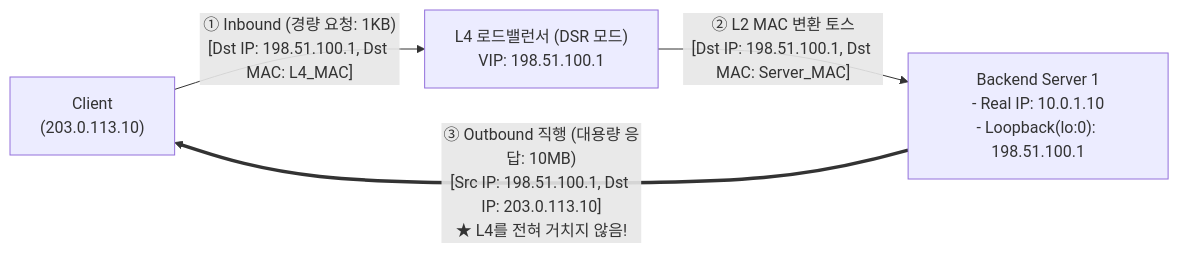
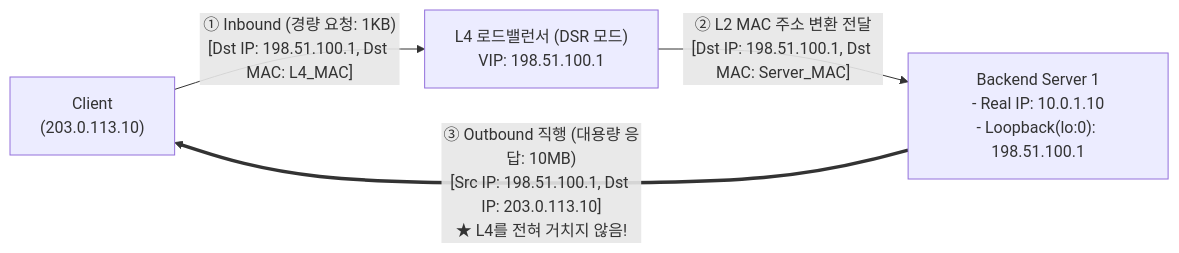
One commit to studylida/studylida.github.io changed the fourth of 9 diagrams in src/content/posts/l4-l7-load-balancer-architecture.md. Above: the diagram before and after it, drawn with Mermaid. The commit also changed other lines of this file and 10 other files, not shown here.

````diff
--- a/src/content/posts/l4-l7-load-balancer-architecture.md
+++ b/src/content/posts/l4-l7-load-balancer-architecture.md
@@ -114,10 +114,10 @@
 ```mermaid
 flowchart LR
     Client["Client<br/>(203.0.113.10)"]
     L4["L4 로드밸런서 (DSR 모드)<br/>VIP: 198.51.100.1"]
     Backend["Backend Server 1<br/>- Real IP: 10.0.1.10<br/>- Loopback(lo:0): 198.51.100.1"]
 
     Client -->|"① Inbound (경량 요청: 1KB)<br/>[Dst IP: 198.51.100.1, Dst MAC: L4_MAC]"| L4
-    L4 -->|"② L2 MAC 변환 토스<br/>[Dst IP: 198.51.100.1, Dst MAC: Server_MAC]"| Backend
+    L4 -->|"② L2 MAC 주소 변환 전달<br/>[Dst IP: 198.51.100.1, Dst MAC: Server_MAC]"| Backend
     Backend ==>|"③ Outbound 직행 (대용량 응답: 10MB)<br/>[Src IP: 198.51.100.1, Dst IP: 203.0.113.10]<br/>★ L4를 전혀 거치지 않음!"| Client
 ```
````
